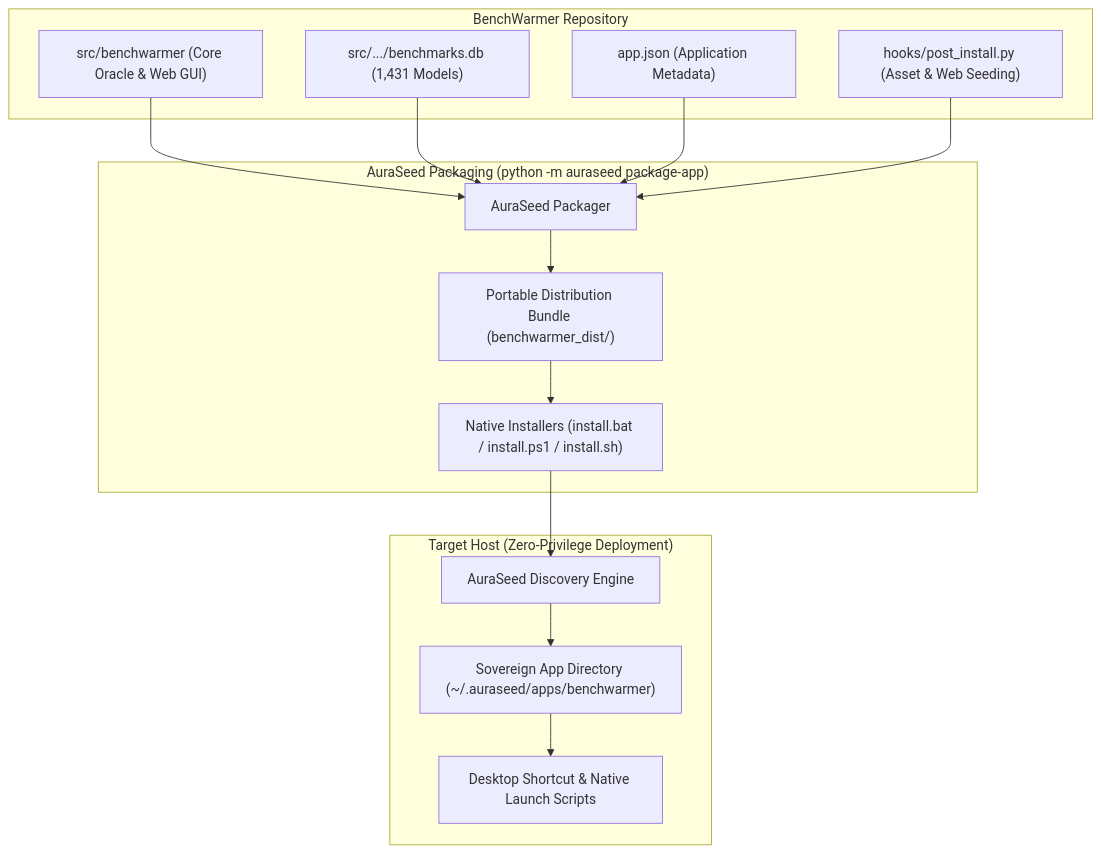
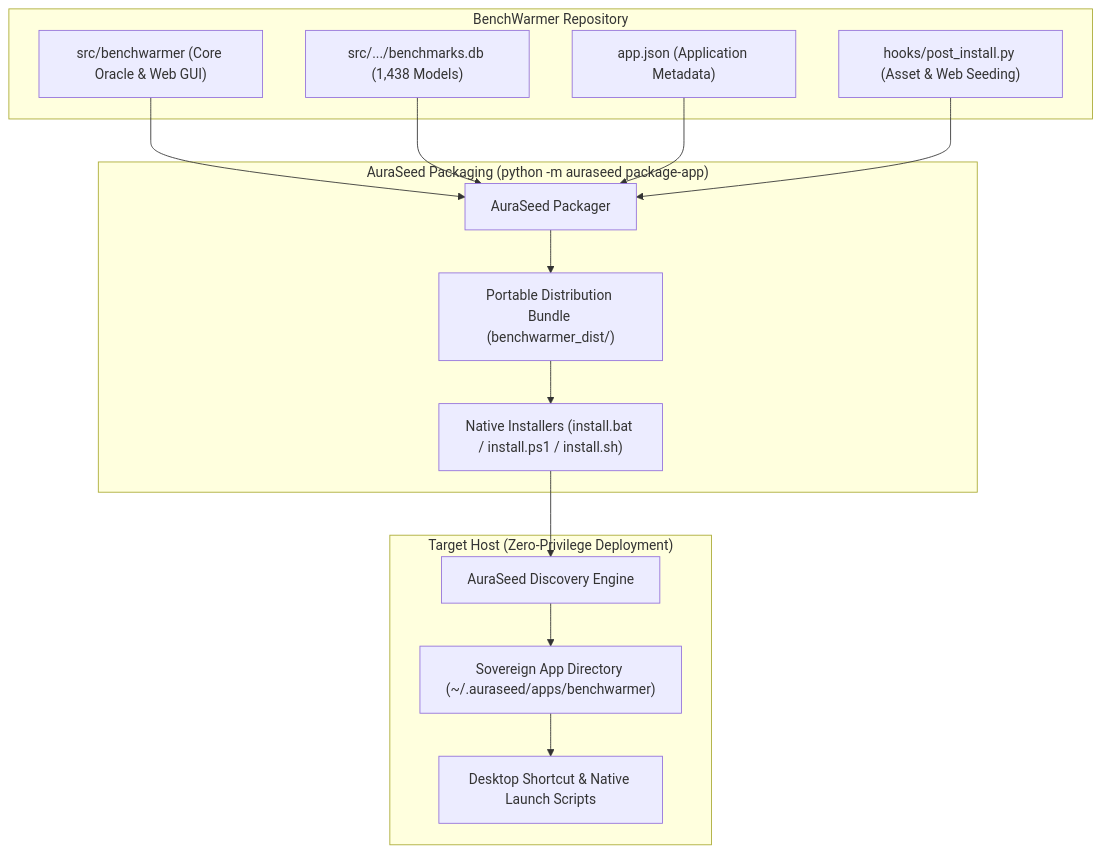
Before and after one commit to AuraCoreDynamics/BenchWarmer: the diagram in docs/AURASEED_DEPLOYMENT.md, drawn with Mermaid. The commit also changed other lines of this file and 18 other files, not shown here.

````diff
--- a/docs/AURASEED_DEPLOYMENT.md
+++ b/docs/AURASEED_DEPLOYMENT.md
@@ -40,31 +40,31 @@
 ```mermaid
 flowchart TD
     subgraph Development [BenchWarmer Repository]
         Src["src/benchwarmer (Core Oracle & Web GUI)"]
-        DB["src/.../benchmarks.db (1,431 Models)"]
+        DB["src/.../benchmarks.db (1,438 Models)"]
         AppMeta["app.json (Application Metadata)"]
         Hook["hooks/post_install.py (Asset & Web Seeding)"]
     end
 
     subgraph Packaging ["AuraSeed Packaging (python -m auraseed package-app)"]
         Packager["AuraSeed Packager"]
         Dist["Portable Distribution Bundle (benchwarmer_dist/)"]
         Installers["Native Installers (install.bat / install.ps1 / install.sh)"]
     end
 
     subgraph Target ["Target Host (Zero-Privilege Deployment)"]
         Engine["AuraSeed Discovery Engine"]
         SovereignEnv["Sovereign App Directory (~/.auraseed/apps/benchwarmer)"]
         Launchers["Desktop Shortcut & Native Launch Scripts"]
     end
 
     Src --> Packager
     DB --> Packager
     AppMeta --> Packager
     Hook --> Packager
     Packager --> Dist
     Dist --> Installers
     Installers --> Engine
     Engine --> SovereignEnv
     SovereignEnv --> Launchers
 ```
````
